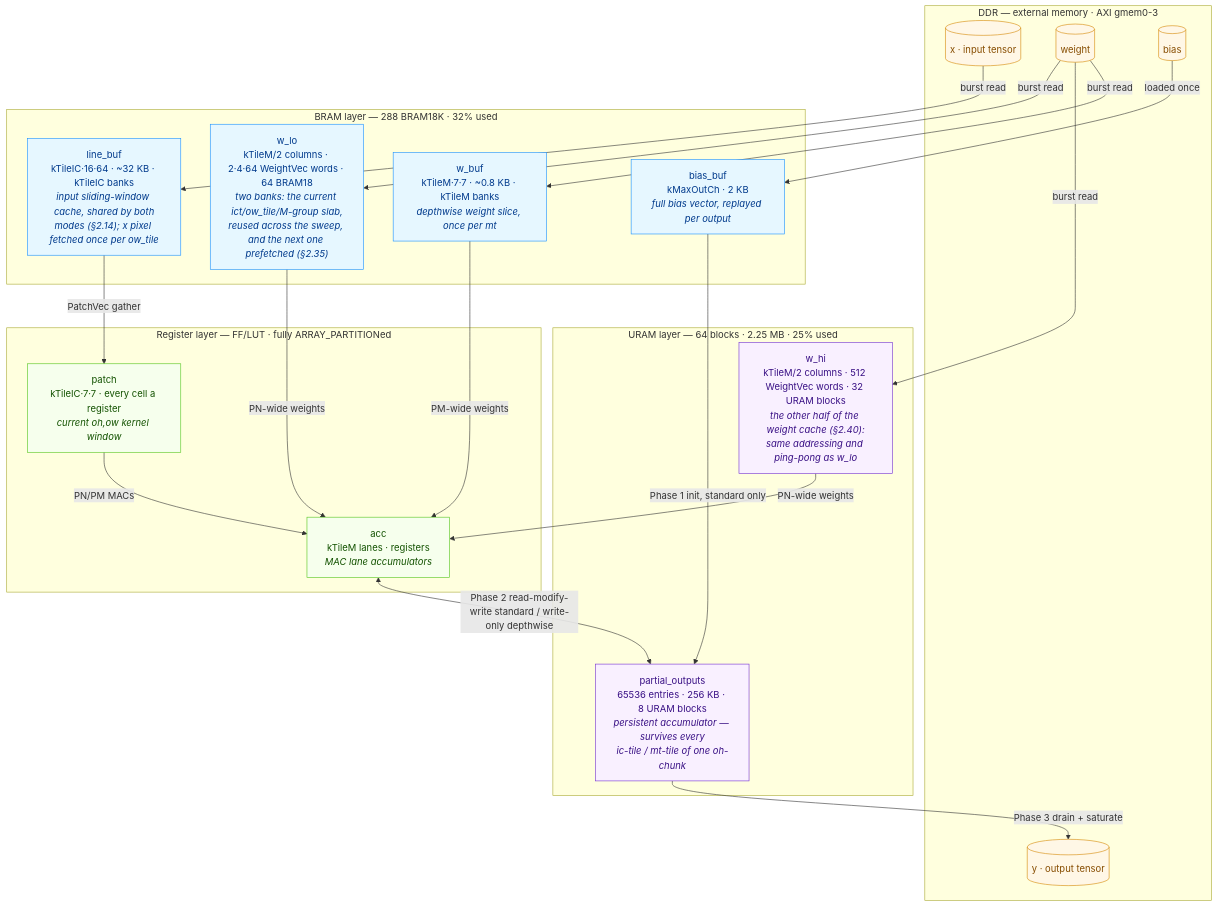
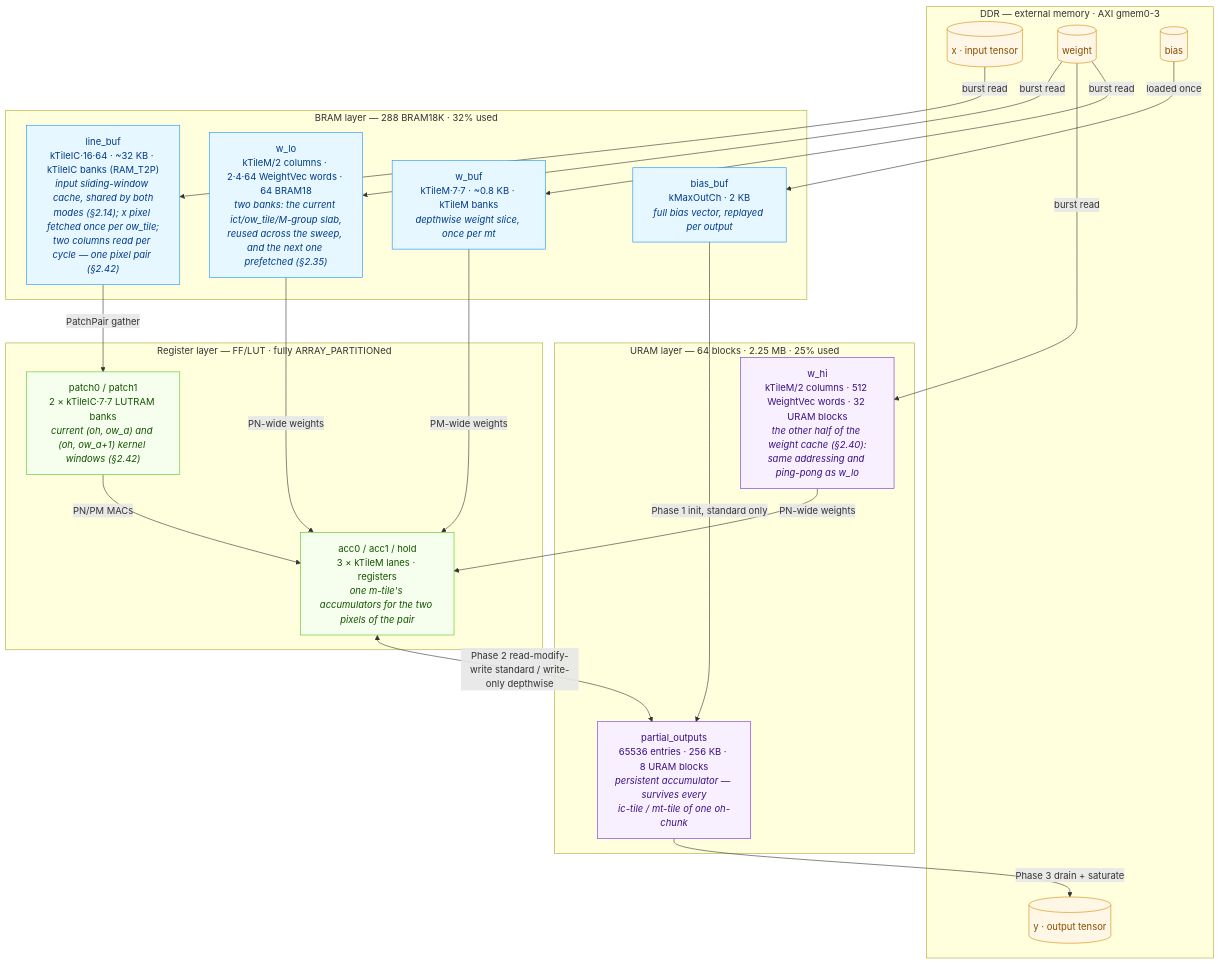
Before and after one commit to phoenix367/cormorant: the diagram in doc/CONV_KERNEL.md, drawn with Mermaid. The commit also changed other lines of this file and 60 other files, not shown here.

````diff
--- a/doc/CONV_KERNEL.md
+++ b/doc/CONV_KERNEL.md
@@ -116,49 +116,49 @@
 ```mermaid
 flowchart TB
     subgraph DDR["DDR — external memory · AXI gmem0-3"]
         Xd[("x · input tensor")]
         Wd[("weight")]
         Bd[("bias")]
         Yd[("y · output tensor")]
     end
 
     subgraph URAML["URAM layer — 64 blocks · 2.25 MB · 25% used"]
         PO["partial_outputs<br/>65536 entries · 256 KB · 8 URAM blocks<br/><i>persistent accumulator — survives every<br/>ic-tile / mt-tile of one oh-chunk</i>"]
         WH["w_hi<br/>kTileM/2 columns · 512 WeightVec words · 32 URAM blocks<br/><i>the other half of the weight cache (§2.40):<br/>same addressing and ping-pong as w_lo</i>"]
     end
 
     subgraph BRAML["BRAM layer — 288 BRAM18K · 32% used"]
-        LB["line_buf<br/>kTileIC·16·64 · ~32 KB · kTileIC banks<br/><i>input sliding-window cache, shared by both<br/>modes (§2.14); x pixel fetched once per ow_tile</i>"]
+        LB["line_buf<br/>kTileIC·16·64 · ~32 KB · kTileIC banks (RAM_T2P)<br/><i>input sliding-window cache, shared by both<br/>modes (§2.14); x pixel fetched once per ow_tile;<br/>two columns read per cycle — one pixel pair (§2.42)</i>"]
         WC["w_lo<br/>kTileM/2 columns · 2·4·64 WeightVec words · 64 BRAM18<br/><i>two banks: the current ict/ow_tile/M-group slab,<br/>reused across the sweep, and the next one prefetched (§2.35)</i>"]
         WB["w_buf<br/>kTileM·7·7 · ~0.8 KB · kTileM banks<br/><i>depthwise weight slice, once per mt</i>"]
         BB["bias_buf<br/>kMaxOutCh · 2 KB<br/><i>full bias vector, replayed per output</i>"]
     end
 
     subgraph REGL["Register layer — FF/LUT · fully ARRAY_PARTITIONed"]
-        PA["patch<br/>kTileIC·7·7 · every cell a register<br/><i>current oh,ow kernel window</i>"]
-        AC["acc<br/>kTileM lanes · registers<br/><i>MAC lane accumulators</i>"]
+        PA["patch0 / patch1<br/>2 × kTileIC·7·7 LUTRAM banks<br/><i>current (oh, ow_a) and (oh, ow_a+1) kernel windows (§2.42)</i>"]
+        AC["acc0 / acc1 / hold<br/>3 × kTileM lanes · registers<br/><i>one m-tile's accumulators for the two pixels of the pair</i>"]
     end
 
     Xd -->|burst read| LB
     Wd -->|burst read| WC
     Wd -->|burst read| WH
     WH -->|PN-wide weights| AC
     Wd -->|burst read| WB
     Bd -->|loaded once| BB
-    LB -->|PatchVec gather| PA
+    LB -->|PatchPair gather| PA
     WC -->|PN-wide weights| AC
     WB -->|PM-wide weights| AC
     PA -->|PN/PM MACs| AC
     BB -->|Phase 1 init, standard only| PO
     AC <-->|Phase 2 read-modify-write standard / write-only depthwise| PO
     PO -->|Phase 3 drain + saturate| Yd
 
     classDef ddr fill:#fff7e6,stroke:#d48806,color:#874d00
     classDef uram fill:#f9f0ff,stroke:#722ed1,color:#391085
     classDef bram fill:#e6f7ff,stroke:#1890ff,color:#003a8c
     classDef reg fill:#f6ffed,stroke:#52c41a,color:#135200
     class Xd,Wd,Bd,Yd ddr
     class PO,WH uram
     class LB,WC,WB,BB bram
     class PA,AC reg
 ```
````
